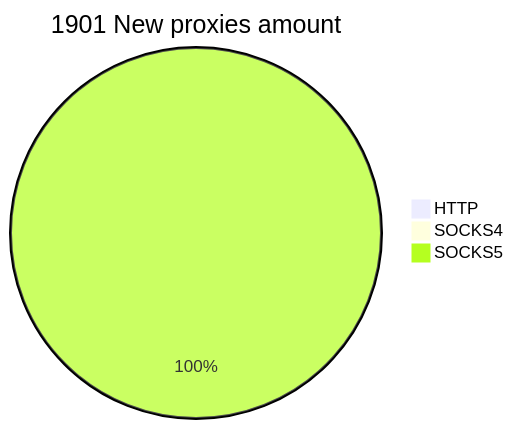
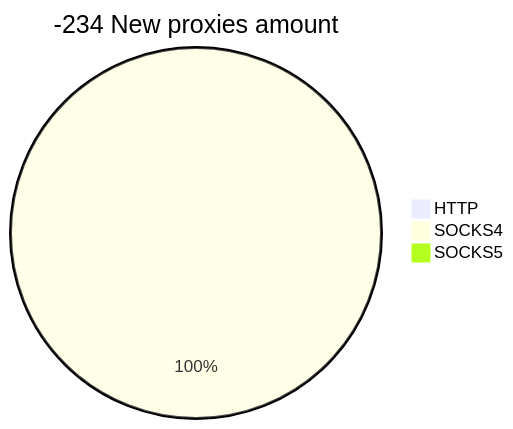
One commit to cutipu/proxylist changed the second of 2 diagrams in README.md. Above: the diagram before and after it, drawn with Mermaid. The commit also changed other lines of this file, not shown here.

````diff
--- a/README.md
+++ b/README.md
@@ -10,6 +10,6 @@
 ```mermaid
-pie title 1901 New proxies amount
+pie title -234 New proxies amount
     "HTTP" : 0
-    "SOCKS4" : 0
-    "SOCKS5" : 1901
+    "SOCKS4" : 1
+    "SOCKS5" : 0
 ```
````
